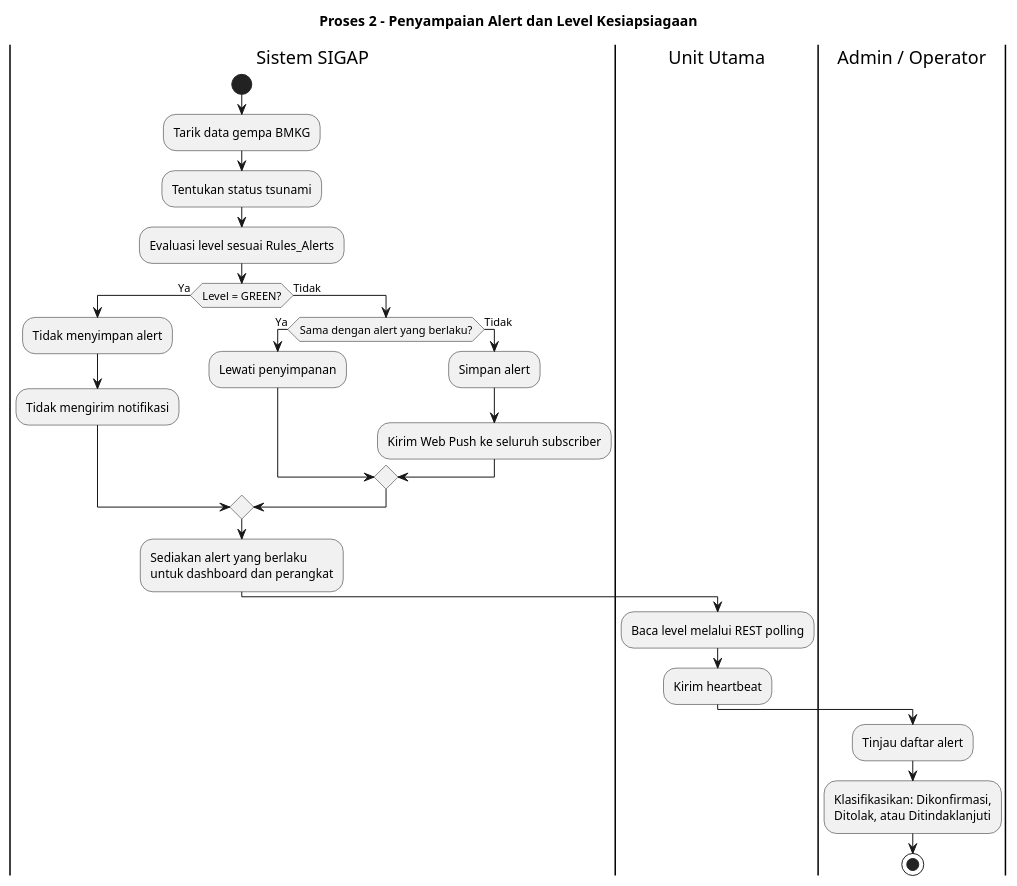
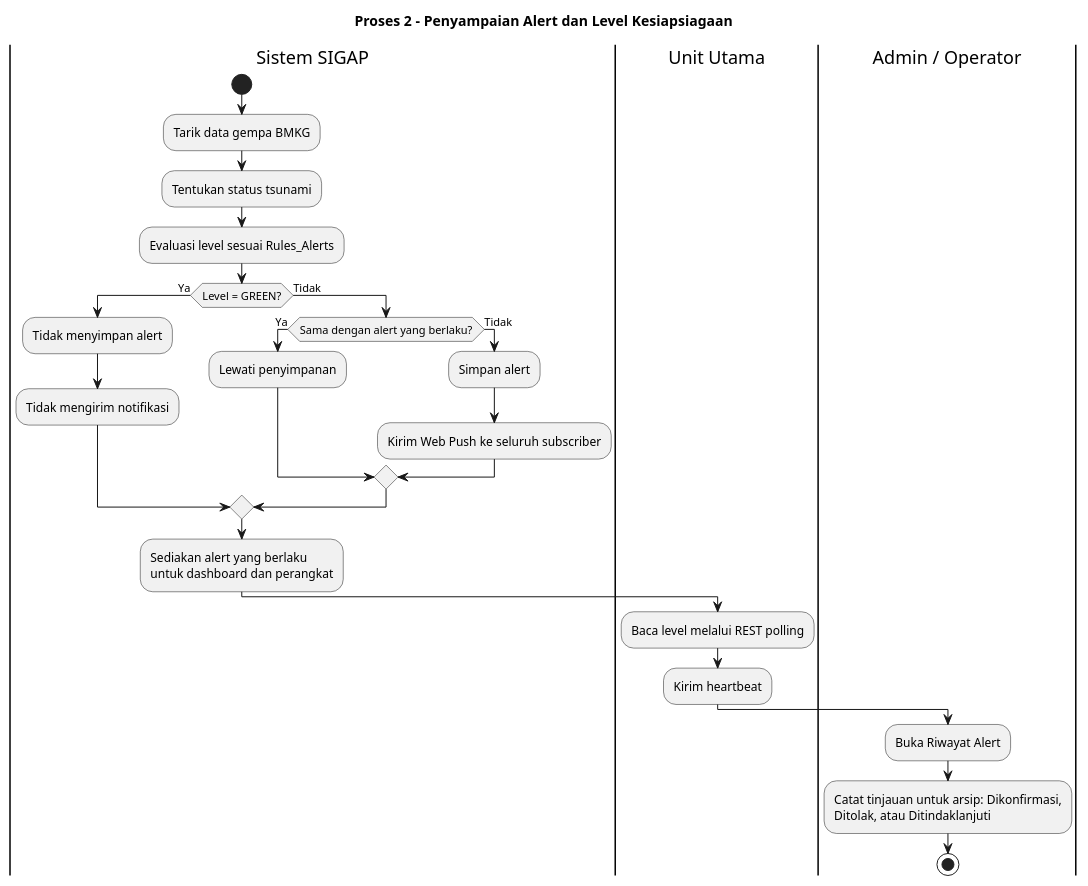
Before and after one commit to Vextronode/sigap_app: the diagram in docs/business/business_workflow/bw_alert_kesiapsiagaan.puml, drawn with PlantUML. The commit also changed 79 other files, not shown here.

```diff
--- a/docs/business/business_workflow/bw_alert_kesiapsiagaan.puml
+++ b/docs/business/business_workflow/bw_alert_kesiapsiagaan.puml
@@ -1,33 +1,33 @@
 @startuml bw_alert_kesiapsiagaan
 title Proses 2 - Penyampaian Alert dan Level Kesiapsiagaan
 
 |Sistem SIGAP|
 start
 :Tarik data gempa BMKG;
 :Tentukan status tsunami;
 :Evaluasi level sesuai Rules_Alerts;
 
 if (Level = GREEN?) then (Ya)
     :Tidak menyimpan alert;
     :Tidak mengirim notifikasi;
 else (Tidak)
     if (Sama dengan alert yang berlaku?) then (Ya)
         :Lewati penyimpanan;
     else (Tidak)
         :Simpan alert;
         :Kirim Web Push ke seluruh subscriber;
     endif
 endif
 
 :Sediakan alert yang berlaku\nuntuk dashboard dan perangkat;
 
 |Unit Utama|
 :Baca level melalui REST polling;
 :Kirim heartbeat;
 
 |Admin / Operator|
-:Tinjau daftar alert;
-:Klasifikasikan: Dikonfirmasi,\nDitolak, atau Ditindaklanjuti;
+:Buka Riwayat Alert;
+:Catat tinjauan untuk arsip: Dikonfirmasi,\nDitolak, atau Ditindaklanjuti;
 stop
 
 @enduml
```
